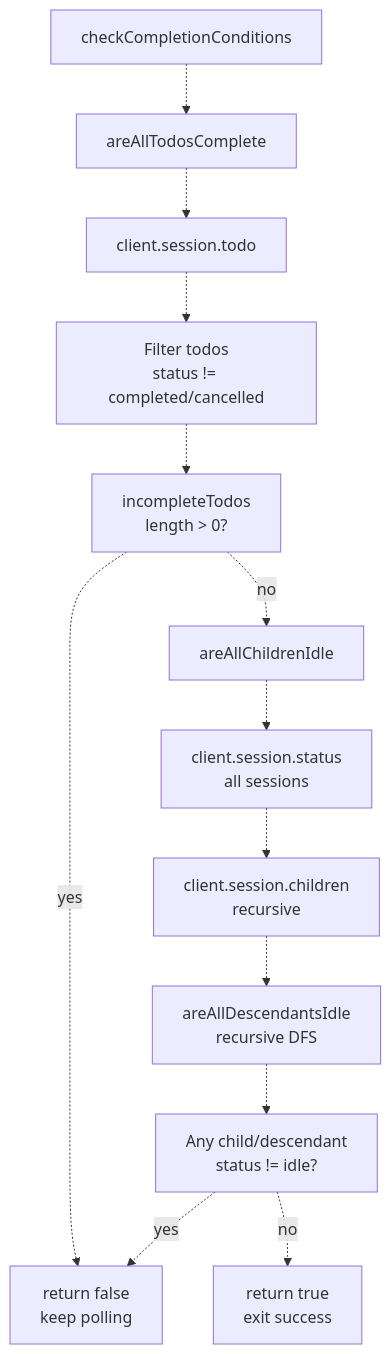
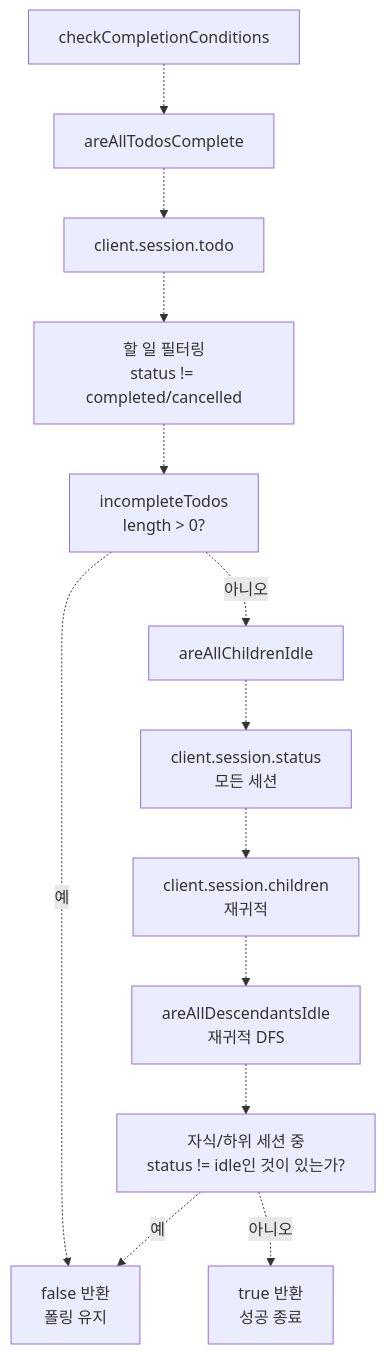
One commit to felipetruman/oh-my-opencode-docs changed the sixth of 7 diagrams in docs/automation/github-actions-integration.md. Above: the diagram before and after it, drawn with Mermaid. The commit also changed other lines of this file and 76 other files, not shown here.

````diff
--- a/docs/automation/github-actions-integration.md
+++ b/docs/automation/github-actions-integration.md
@@ -326,29 +326,29 @@
 ```mermaid
 flowchart TD
 
 CheckStart["checkCompletionConditions"]
 TodoCheck["areAllTodosComplete"]
 FetchTodos["client.session.todo"]
-FilterIncomplete["Filter todos<br>status != completed/cancelled"]
+FilterIncomplete["할 일 필터링<br>status != completed/cancelled"]
 TodoResult["incompleteTodos<br>length > 0?"]
 ChildCheck["areAllChildrenIdle"]
-FetchStatuses["client.session.status<br>all sessions"]
-FetchChildren["client.session.children<br>recursive"]
-CheckDescendants["areAllDescendantsIdle<br>recursive DFS"]
-StatusCheck["Any child/descendant<br>status != idle?"]
-ReturnFalse["return false<br>keep polling"]
-ReturnTrue["return true<br>exit success"]
+FetchStatuses["client.session.status<br>모든 세션"]
+FetchChildren["client.session.children<br>재귀적"]
+CheckDescendants["areAllDescendantsIdle<br>재귀적 DFS"]
+StatusCheck["자식/하위 세션 중<br>status != idle인 것이 있는가?"]
+ReturnFalse["false 반환<br>폴링 유지"]
+ReturnTrue["true 반환<br>성공 종료"]
 
 CheckStart -.-> TodoCheck
 TodoCheck -.-> FetchTodos
 FetchTodos -.-> FilterIncomplete
 FilterIncomplete -.-> TodoResult
-TodoResult -.->|"yes"| ReturnFalse
-TodoResult -.->|"no"| ChildCheck
+TodoResult -.->|"예"| ReturnFalse
+TodoResult -.->|"아니오"| ChildCheck
 ChildCheck -.-> FetchStatuses
 FetchStatuses -.-> FetchChildren
 FetchChildren -.-> CheckDescendants
 CheckDescendants -.-> StatusCheck
-StatusCheck -.->|"yes"| ReturnFalse
-StatusCheck -.->|"no"| ReturnTrue
+StatusCheck -.->|"예"| ReturnFalse
+StatusCheck -.->|"아니오"| ReturnTrue
 ```
````
